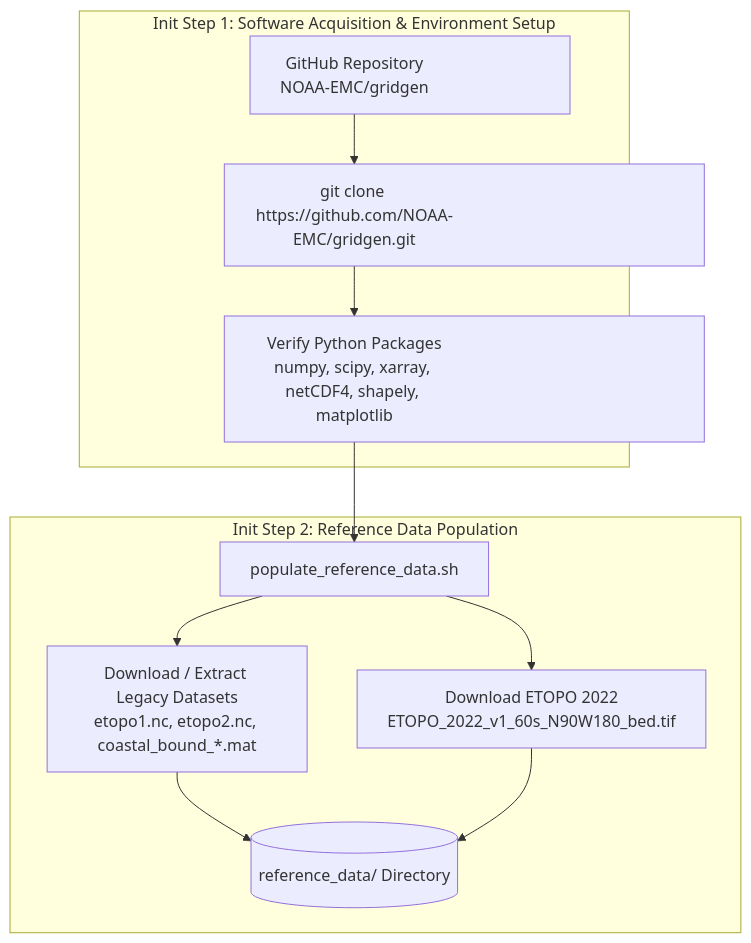
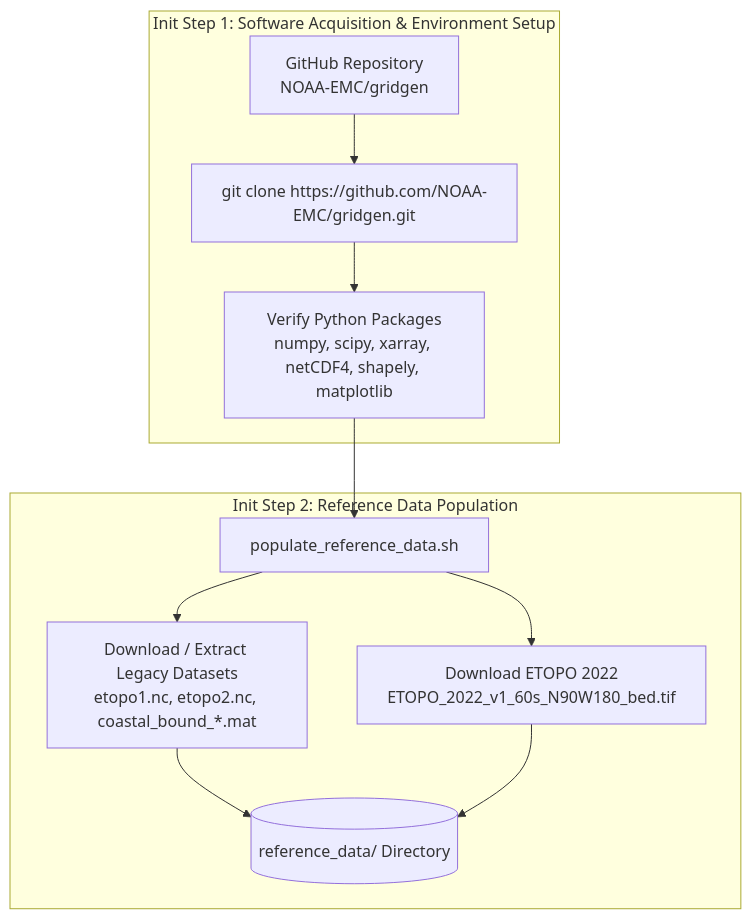
One commit to HendrikTolman-NOAA/gridgen changed the first of 2 diagrams in ARCHITECTURE.md. Above: the diagram before and after it, drawn with Mermaid.

Commit message:
doc: update ARCHITECTURE.md formatting for Init Step 1 and code architecture
Update ARCHITECTURE.md using non-breaking spaces for node labels in Init Step 1
so Mermaid natively computes full node width and keeps the outer subgraph
container enclosing all inner nodes. Ensure consistency with current workflow
script names and include code architecture description.

````diff
--- a/ARCHITECTURE.md
+++ b/ARCHITECTURE.md
@@ -25,21 +25,17 @@
 ```mermaid
 flowchart TD
     subgraph Init Step 1: Software Acquisition & Environment Setup
-        A0["GitHub Repository<br/>NOAA-EMC/gridgen"] --> A1["git clone https://github.com/NOAA-EMC/gridgen.git"]
+        A0["GitHub Repository<br/>NOAA-EMC/gridgen"] --> A1["git&nbsp;clone&nbsp;https://github.com/NOAA-EMC/gridgen.git"]
         A1 --> A2["Verify Python Packages<br/>numpy, scipy, xarray, netCDF4, shapely, matplotlib"]
     end
 
     subgraph Init Step 2: Reference Data Population
         B[populate_reference_data.sh]
         B --> C1[Download / Extract Legacy Datasets<br/>etopo1.nc, etopo2.nc, coastal_bound_*.mat]
         B --> C2[Download ETOPO 2022<br/>ETOPO_2022_v1_60s_N90W180_bed.tif]
         C1 --> D[(reference_data/ Directory)]
         C2 --> D
     end
 
     A2 --> B
-
-    style A0 width:320px
-    style A1 width:480px
-    style A2 width:480px
 ```
````
